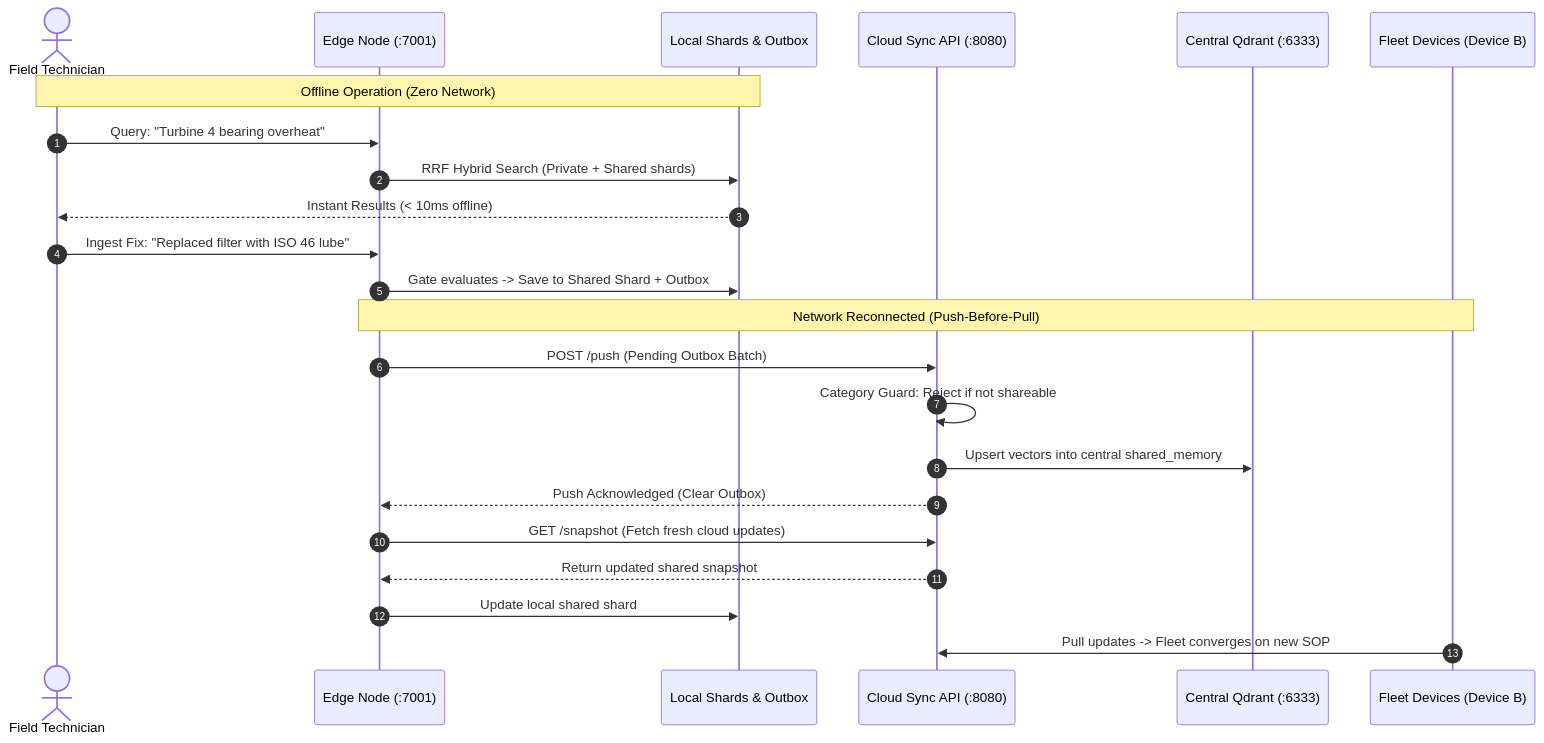
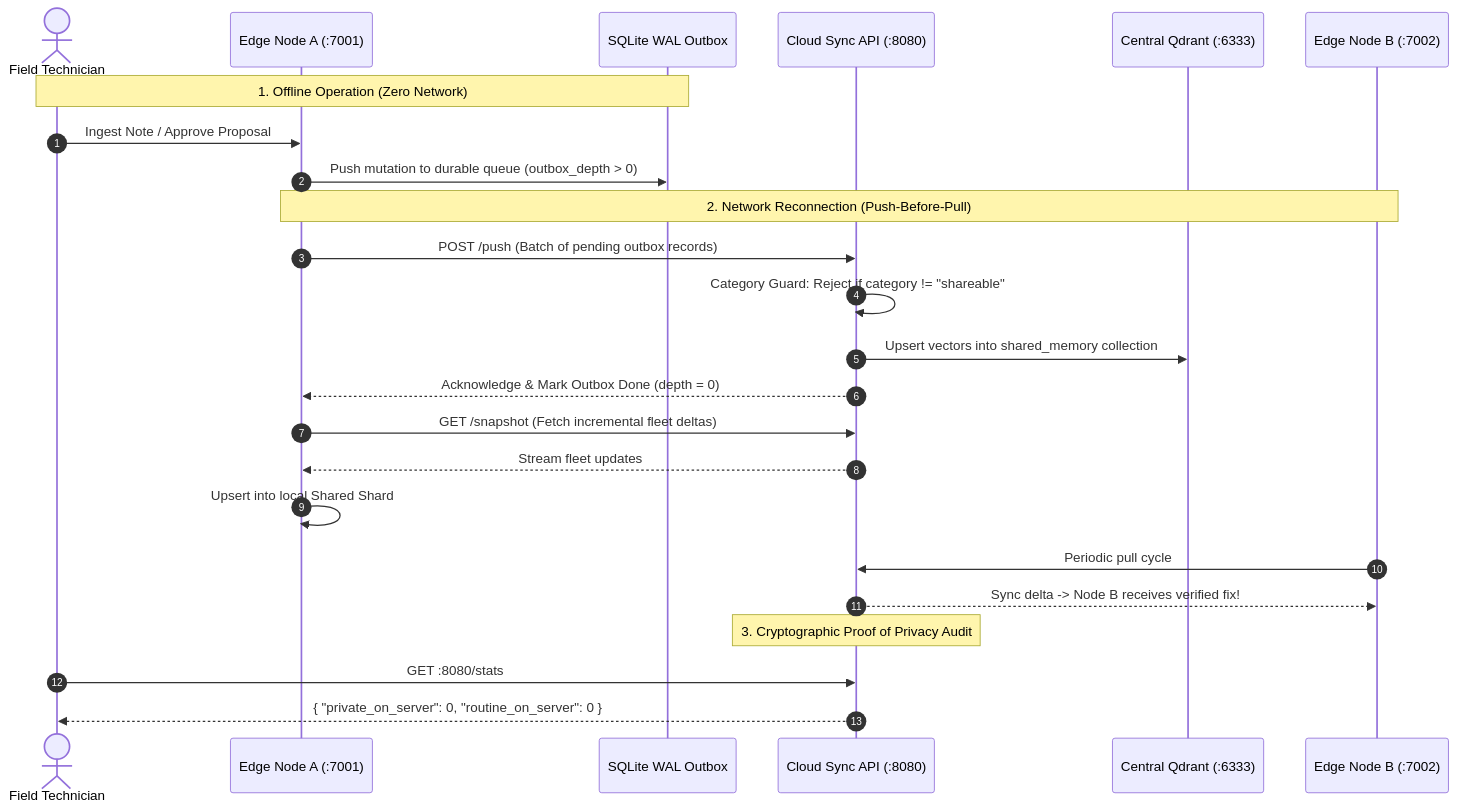
One commit to AasthaSudan/edge_vault changed the fourth of 4 diagrams in README.md. Above: the diagram before and after it, drawn with Mermaid. The commit also changed other lines of this file, not shown here.

Commit message:
docs: enrich README with complete Phase 5 architecture diagrams, API examples, and test suites

````diff
--- a/README.md
+++ b/README.md
@@ -56,30 +170,31 @@
 ```mermaid
 sequenceDiagram
     autonumber
     actor Tech as Field Technician
-    participant Edge as Edge Node (:7001)
-    participant LocalDB as Local Shards & Outbox
+    participant Edge as Edge Node A (:7001)
+    participant Outbox as SQLite WAL Outbox
     participant Cloud as Cloud Sync API (:8080)
     participant Qdrant as Central Qdrant (:6333)
-    participant Fleet as Fleet Devices (Device B)
+    participant NodeB as Edge Node B (:7002)
 
-    Note over Tech, LocalDB: Offline Operation (Zero Network)
-    Tech->>Edge: Query: "Turbine 4 bearing overheat"
-    Edge->>LocalDB: RRF Hybrid Search (Private + Shared shards)
-    LocalDB-->>Tech: Instant Results (< 10ms offline)
+    Note over Tech, Outbox: 1. Offline Operation (Zero Network)
+    Tech->>Edge: Ingest Note / Approve Proposal
+    Edge->>Outbox: Push mutation to durable queue (outbox_depth > 0)
 
-    Tech->>Edge: Ingest Fix: "Replaced filter with ISO 46 lube"
-    Edge->>LocalDB: Gate evaluates -> Save to Shared Shard + Outbox
+    Note over Edge, NodeB: 2. Network Reconnection (Push-Before-Pull)
+    Edge->>Cloud: POST /push (Batch of pending outbox records)
+    Cloud->>Cloud: Category Guard: Reject if category != "shareable"
+    Cloud->>Qdrant: Upsert vectors into shared_memory collection
+    Cloud-->>Edge: Acknowledge & Mark Outbox Done (depth = 0)
+    
+    Edge->>Cloud: GET /snapshot (Fetch incremental fleet deltas)
+    Cloud-->>Edge: Stream fleet updates
+    Edge->>Edge: Upsert into local Shared Shard
 
-    Note over Edge, Fleet: Network Reconnected (Push-Before-Pull)
-    Edge->>Cloud: POST /push (Pending Outbox Batch)
-    Cloud->>Cloud: Category Guard: Reject if not shareable
-    Cloud->>Qdrant: Upsert vectors into central shared_memory
-    Cloud-->>Edge: Push Acknowledged (Clear Outbox)
-    
-    Edge->>Cloud: GET /snapshot (Fetch fresh cloud updates)
-    Cloud-->>Edge: Return updated shared snapshot
-    Edge->>LocalDB: Update local shared shard
-    
-    Fleet->>Cloud: Pull updates -> Fleet converges on new SOP
+    NodeB->>Cloud: Periodic pull cycle
+    Cloud-->>NodeB: Sync delta -> Node B receives verified fix!
+
+    Note over Cloud: 3. Cryptographic Proof of Privacy Audit
+    Tech->>Cloud: GET :8080/stats
+    Cloud-->>Tech: { "private_on_server": 0, "routine_on_server": 0 }
 ```
````
